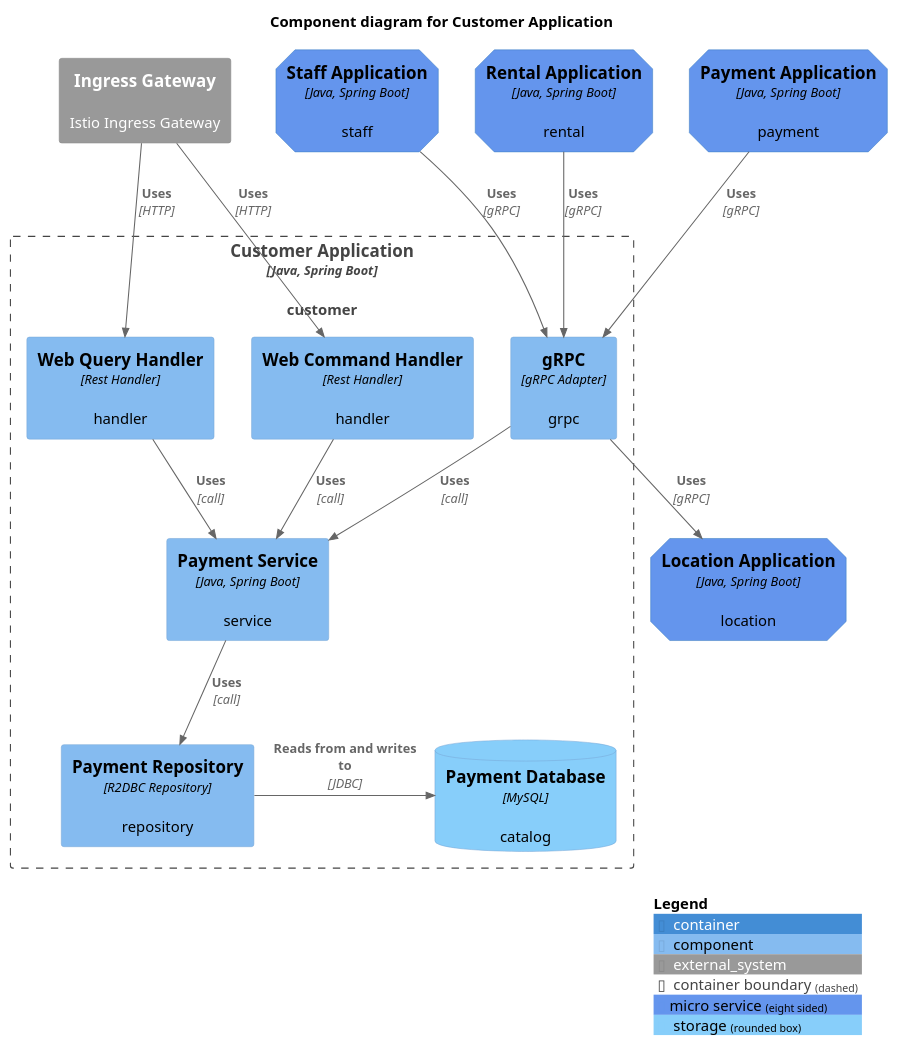
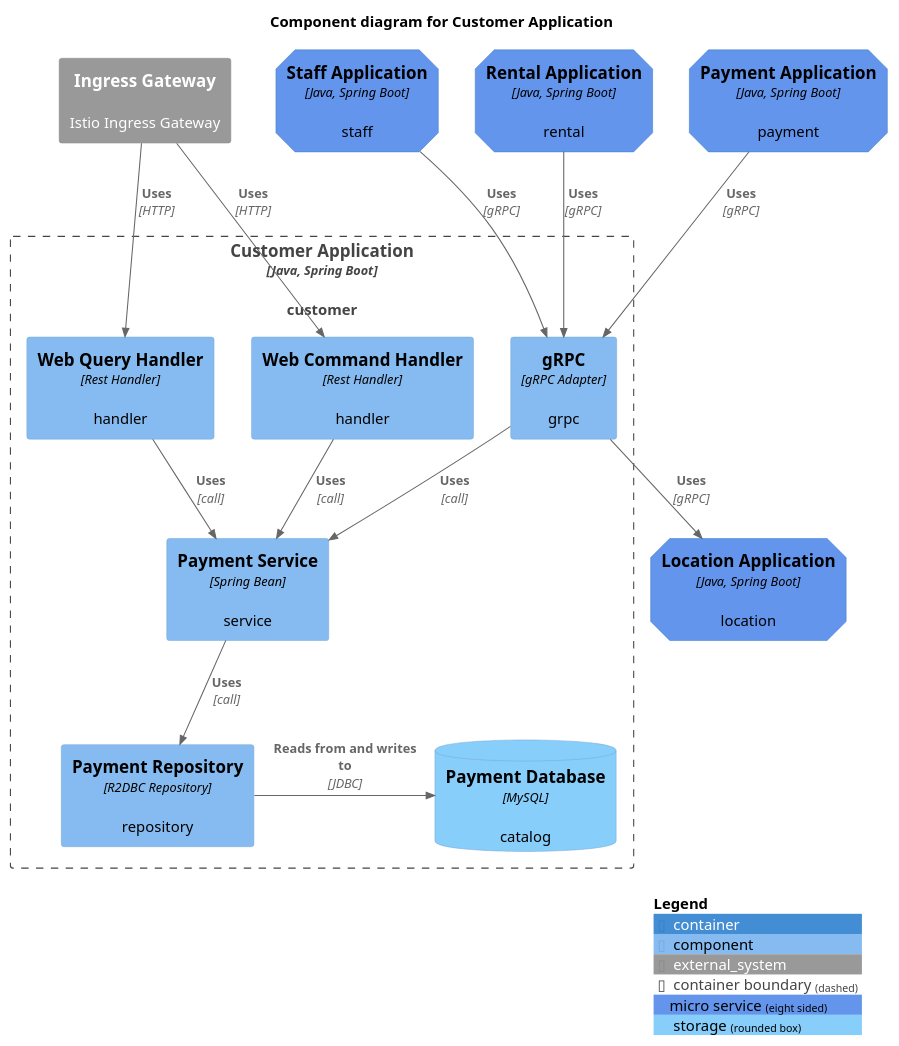
The diagram in diagram/component/customer-application.puml (codejsha/sakila-microservices), drawn with PlantUML before and after one commit. The commit also changed 12 other files, not shown here.

Commit message:
update diagrams

```diff
--- a/diagram/component/customer-application.puml
+++ b/diagram/component/customer-application.puml
@@ -1,39 +1,39 @@
 @startuml "customer-application"
 !include https://raw.githubusercontent.com/plantuml-stdlib/C4-PlantUML/master/C4_Component.puml
 
 AddElementTag("micro_service", $shape=EightSidedShape(), $bgColor="CornflowerBlue", $fontColor="black", $legendText="micro service\neight sided")
 AddElementTag("storage", $shape=RoundedBoxShape(), $bgColor="lightSkyBlue", $fontColor="black")
 
 title Component diagram for Customer Application
 
 Container(customer_app, "Customer Application", "Java, Spring Boot", "customer", $tags = "micro_service")
 Container(rental_app, "Rental Application", "Java, Spring Boot", "rental", $tags = "micro_service")
 Container(payment_app, "Payment Application", "Java, Spring Boot", "payment", $tags = "micro_service")
 Container(staff_app, "Staff Application", "Java, Spring Boot", "staff", $tags = "micro_service")
 Container(location_app, "Location Application", "Java, Spring Boot", "location", $tags = "micro_service")
 System_Ext(ingress_gateway, "Ingress Gateway", "Istio Ingress Gateway")
 
 Container_Boundary(customer_app, "Customer Application") {
     Component(command_handler, "Web Command Handler", "Rest Handler", "handler")
     Component(query_handler, "Web Query Handler", "Rest Handler", "handler")
     Component(grpc, "gRPC", "gRPC Adapter", "grpc")
-    Component(payment_service, "Payment Service", "Java, Spring Boot", "service")
+    Component(payment_service, "Payment Service", "Spring Bean", "service")
     Component(payment_repository, "Payment Repository", "R2DBC Repository", "repository")
     ComponentDb(payment_db, "Payment Database", "MySQL", "catalog", $tags = "storage")
 
     Rel(command_handler, payment_service, "Uses", "call")
     Rel(query_handler, payment_service, "Uses", "call")
     Rel(payment_service, payment_repository, "Uses", "call")
     Rel(grpc, payment_service, "Uses", "call")
     Rel_R(payment_repository, payment_db, "Reads from and writes to", "JDBC")
 }
 
 Rel(rental_app, grpc, "Uses", "gRPC")
 Rel(payment_app, grpc, "Uses", "gRPC")
 Rel(staff_app, grpc, "Uses", "gRPC")
 Rel(grpc, location_app, "Uses", "gRPC")
 Rel(ingress_gateway, command_handler, "Uses", "HTTP")
 Rel(ingress_gateway, query_handler, "Uses", "HTTP")
 
 SHOW_LEGEND()
 @enduml
```
